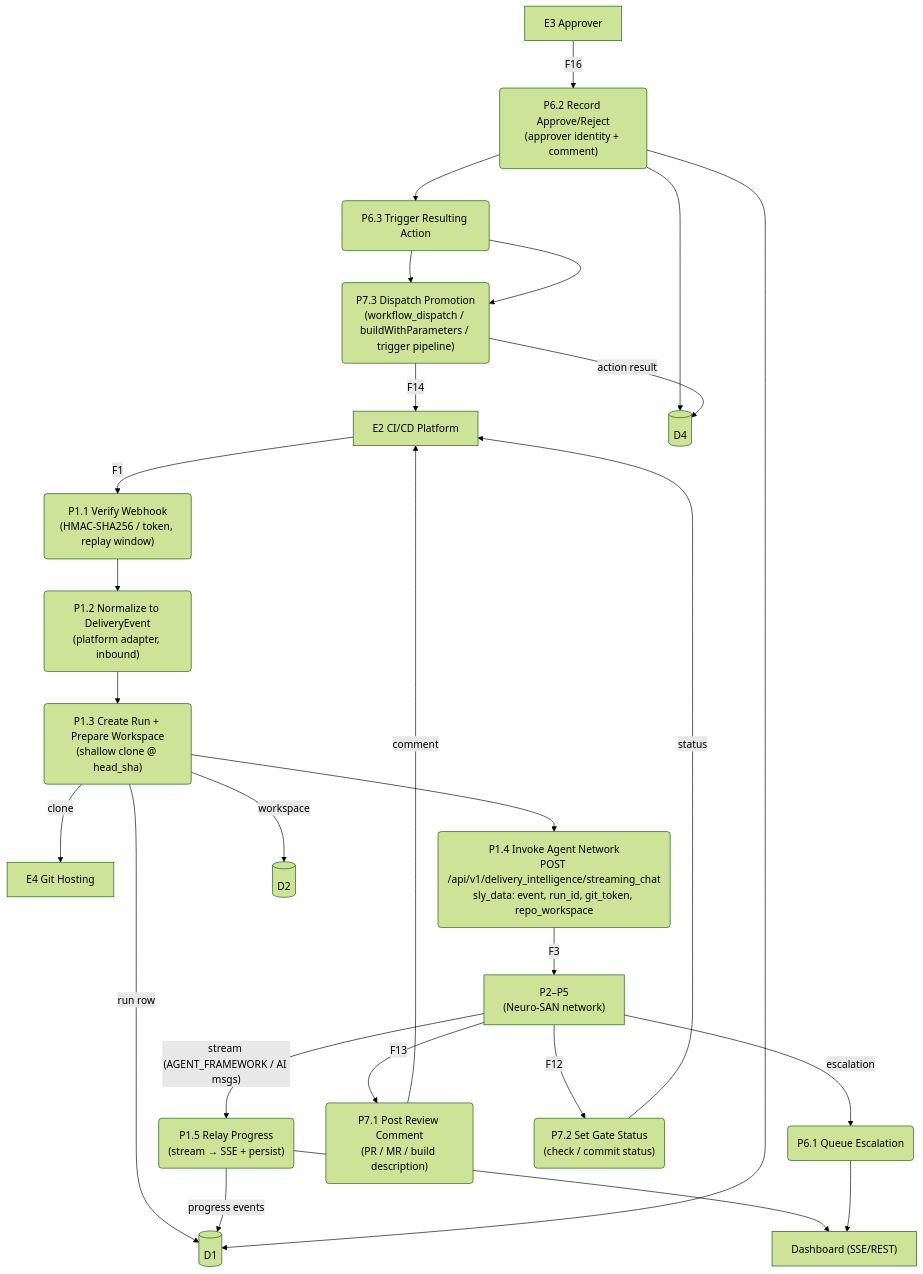
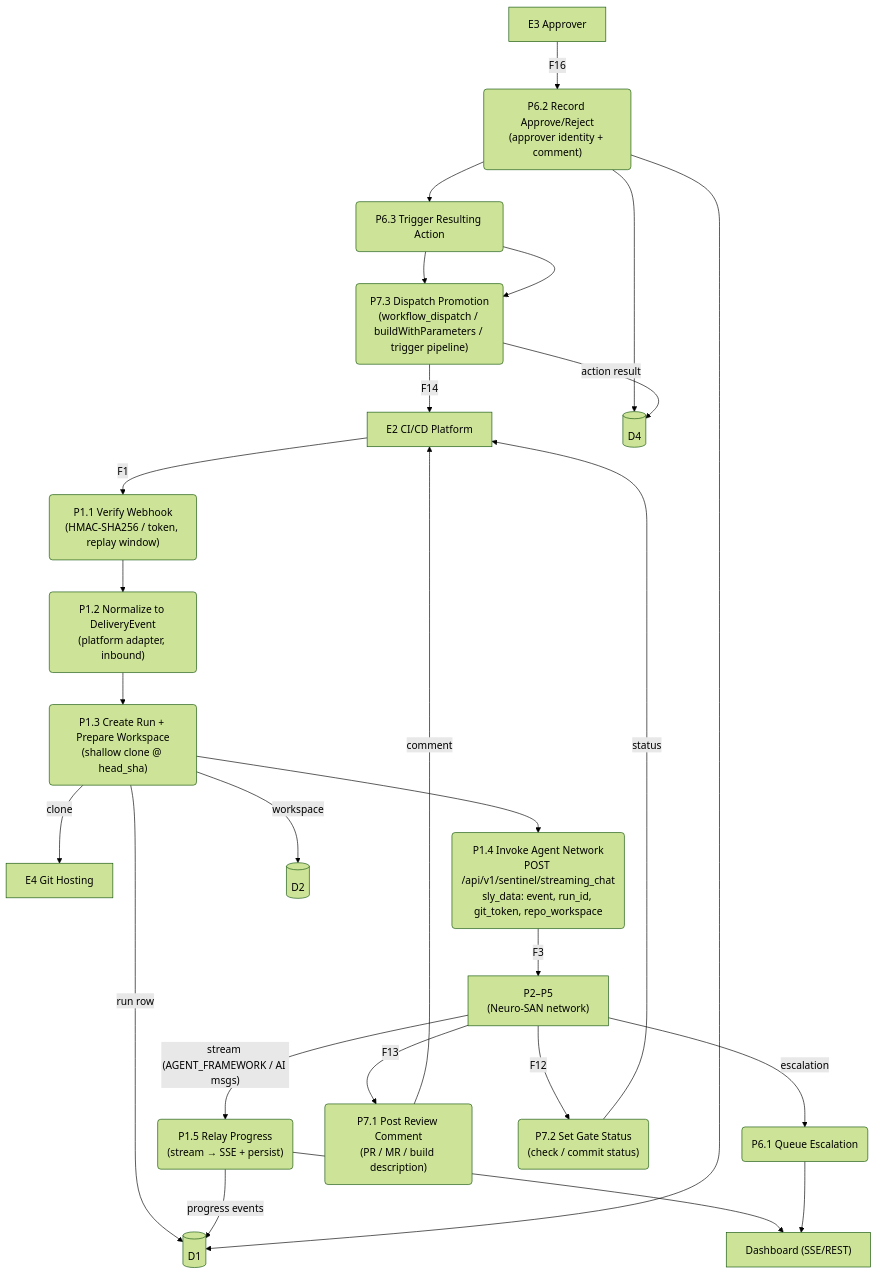
Before and after one commit to anandharshit712/Sentinel: the seventh of 7 diagrams in docs/solution/02-dfd.md, drawn with Mermaid (forest theme). The commit also changed other lines of this file and 37 other files, not shown here.

````diff
--- a/docs/solution/02-dfd.md
+++ b/docs/solution/02-dfd.md
@@ -275,45 +275,45 @@
 ```mermaid
 flowchart TD
     E2["E2 CI/CD Platform"]
     E3["E3 Approver"]
     E4["E4 Git Hosting"]
 
     P11("P1.1 Verify Webhook<br/>(HMAC-SHA256 / token, replay window)")
     P12("P1.2 Normalize to DeliveryEvent<br/>(platform adapter, inbound)")
     P13("P1.3 Create Run + Prepare Workspace<br/>(shallow clone @ head_sha)")
-    P14("P1.4 Invoke Agent Network<br/>POST /api/v1/delivery_intelligence/streaming_chat<br/>sly_data: event, run_id, git_token, repo_workspace")
+    P14("P1.4 Invoke Agent Network<br/>POST /api/v1/sentinel/streaming_chat<br/>sly_data: event, run_id, git_token, repo_workspace")
     P15("P1.5 Relay Progress<br/>(stream → SSE + persist)")
 
     P61("P6.1 Queue Escalation")
     P62("P6.2 Record Approve/Reject<br/>(approver identity + comment)")
     P63("P6.3 Trigger Resulting Action")
 
     P71("P7.1 Post Review Comment<br/>(PR / MR / build description)")
     P72("P7.2 Set Gate Status<br/>(check / commit status)")
     P73("P7.3 Dispatch Promotion<br/>(workflow_dispatch / buildWithParameters / trigger pipeline)")
 
     D1[("D1")]
     D2[("D2")]
     D4[("D4")]
     NS["P2–P5<br/>(Neuro-SAN network)"]
     DB["Dashboard (SSE/REST)"]
 
     E2 -- "F1" --> P11 --> P12 --> P13 --> P14
     P13 -- "clone" --> E4
     P13 -- "workspace" --> D2
     P13 -- "run row" --> D1
     P14 -- "F3" --> NS
     NS -- "stream (AGENT_FRAMEWORK / AI msgs)" --> P15
     P15 --> DB
     P15 -- "progress events" --> D1
 
     NS -- "escalation" --> P61 --> DB
     E3 -- "F16" --> P62 --> D1
     P62 --> D4
     P62 --> P63 --> P73
 
     NS -- "F13" --> P71 -- "comment" --> E2
     NS -- "F12" --> P72 -- "status" --> E2
     P63 --> P73 -- "F14" --> E2
     P73 -- "action result" --> D4
 ```
````
